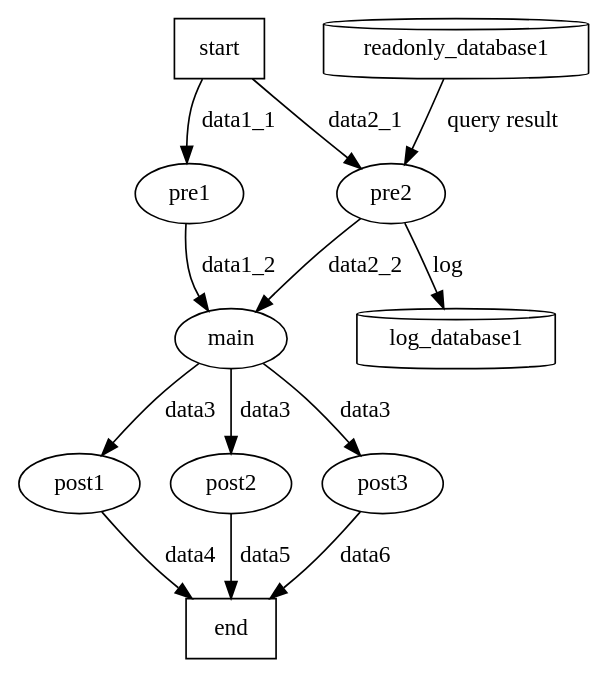
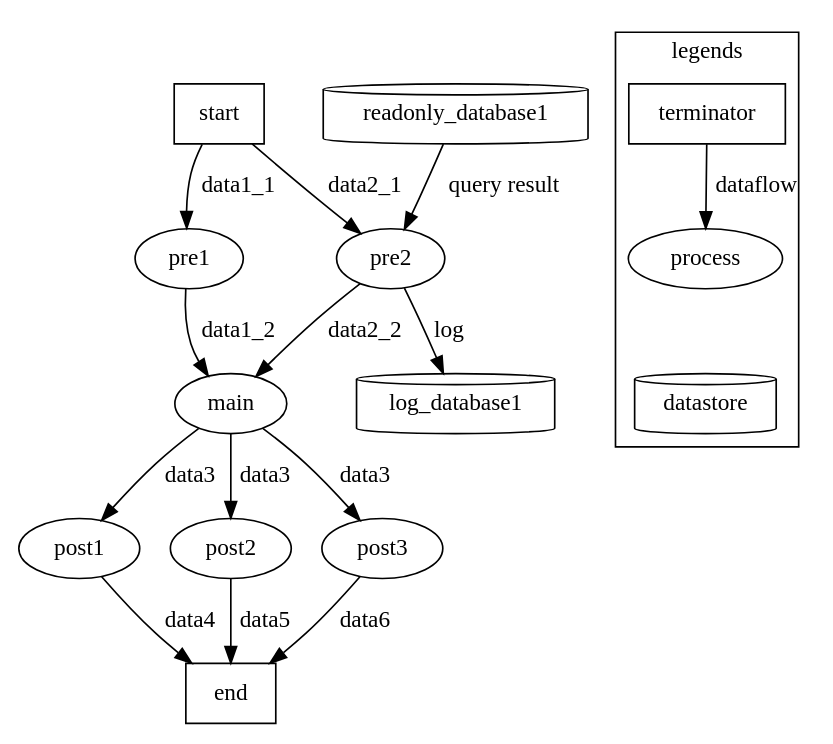
Before and after one commit to km45/sandbox: the diagram in graphviz-trial/sample.dot, drawn with Graphviz. The commit also changed 1 other file, not shown here.

Commit message:
Add legends

```diff
--- a/graphviz-trial/sample.dot
+++ b/graphviz-trial/sample.dot
@@ -1,23 +1,32 @@
 digraph data_flow_diagram {
     start [shape=box]
     end [shape=box]
 
     start -> pre1 [label = "data1_1"]
     start -> pre2 [label = "data2_1"]
 
     pre1 -> main [label = "data1_2"]
     pre2 -> main [label = "data2_2"]
 
     readonly_database1 [shape=cylinder]
     log_database1 [shape=cylinder]
 
     readonly_database1 -> pre2 [label = "query result"]
     pre2 -> log_database1 [label = "log"]
 
     main -> post1 [label = "data3"]
     main -> post2 [label = "data3"]
     main -> post3 [label = "data3"]
     post1 -> end [label = "data4"]
     post2 -> end [label = "data5"]
     post3 -> end [label = "data6"]
+
+    subgraph cluster {
+        label = "legends"
+        legends0 [shape=box, label="terminator"]
+        legends1 [label="process"]
+        legends2 [shape=cylinder, label="datastore"]
+        legends0 -> legends1 [label="dataflow"]
+        legends1 -> legends2 [style=invis]
+    }
 }
```
